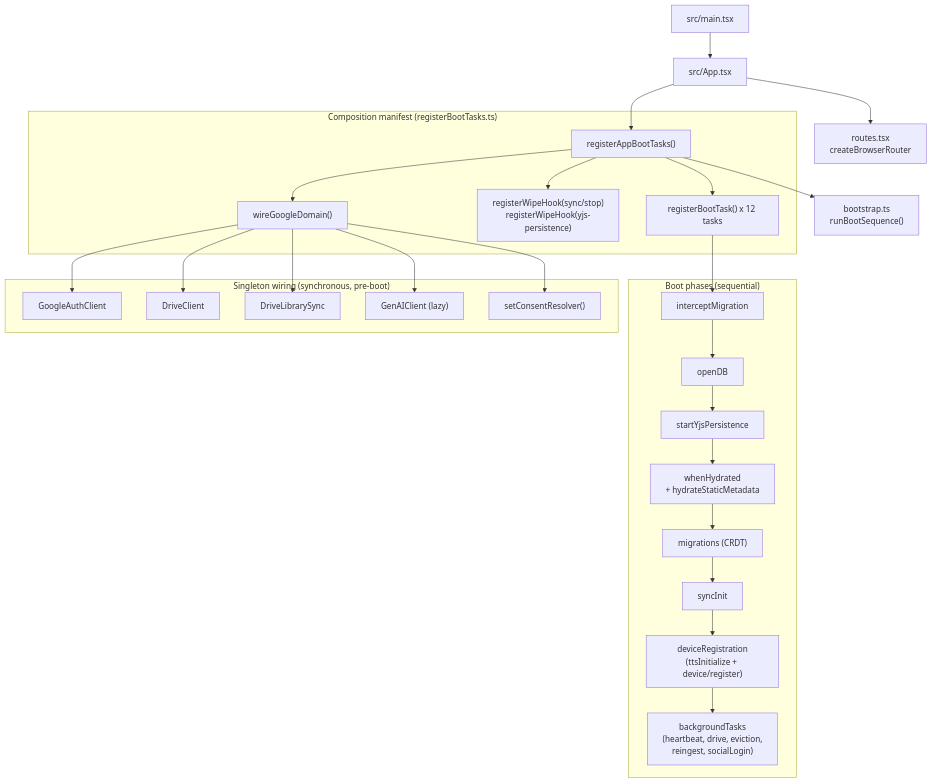
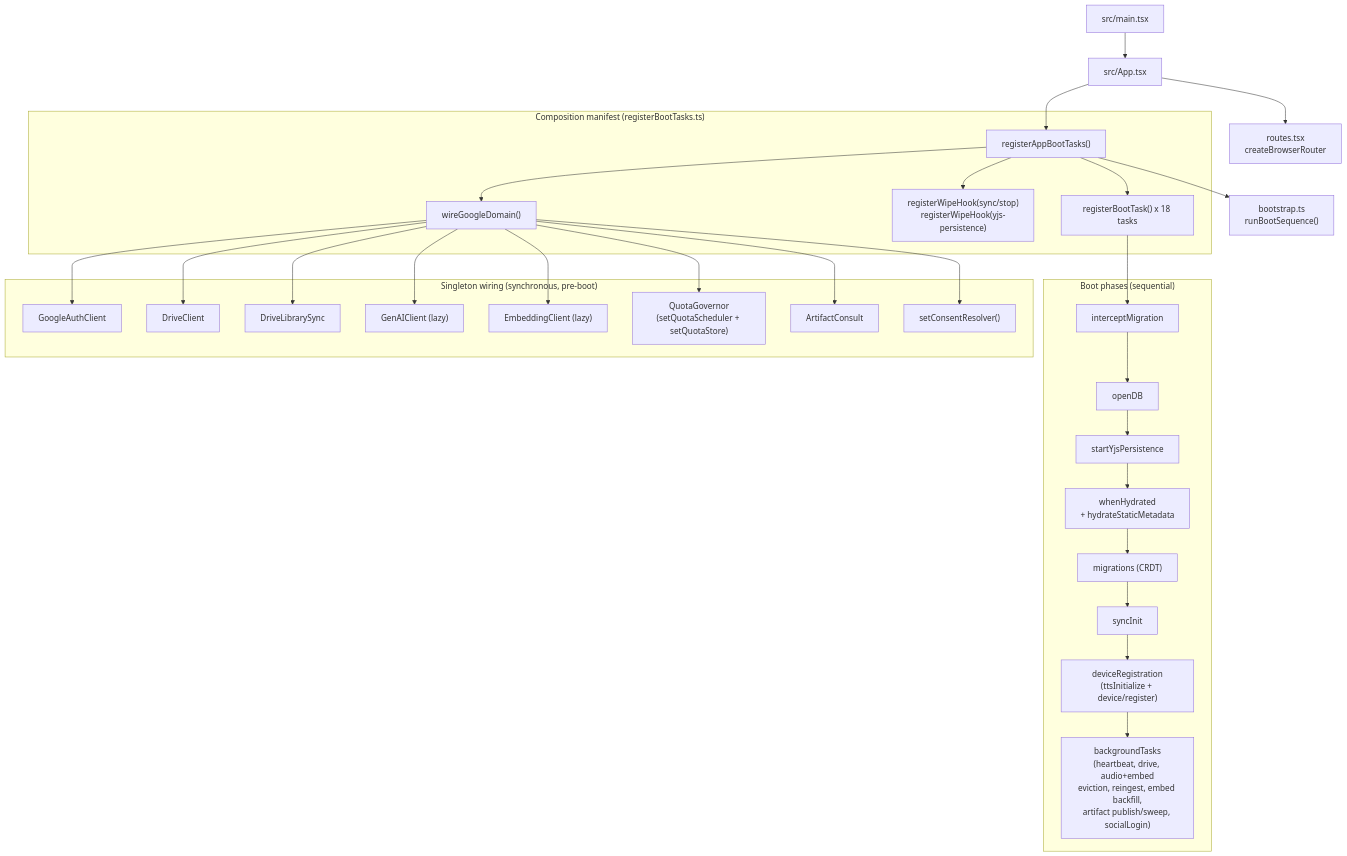
Before and after one commit to vrwarp/versicle: the first of 6 diagrams in docs/comprehensive/50-composition-root.md, drawn with Mermaid. The commit also changed other lines of this file and 17 other files, not shown here.

First line of the commit message:
docs(comprehensive): document quota governor, semantic search, Artifact Lane

````diff
--- a/docs/comprehensive/50-composition-root.md
+++ b/docs/comprehensive/50-composition-root.md
@@ -54,38 +54,41 @@
 ```mermaid
 graph TD
     Entry["src/main.tsx"]
     App["src/App.tsx"]
     Register["registerAppBootTasks()"]
     Bootstrap["bootstrap.ts\nrunBootSequence()"]
     Router["routes.tsx\ncreateBrowserRouter"]
 
     Entry --> App
     App --> Register
     Register --> Bootstrap
     App --> Router
 
     subgraph "Composition manifest (registerBootTasks.ts)"
         Register --> WireGoogle["wireGoogleDomain()"]
         Register --> WipeHooks["registerWipeHook(sync/stop)\nregisterWipeHook(yjs-persistence)"]
-        Register --> BootTasks["registerBootTask() x 12 tasks"]
+        Register --> BootTasks["registerBootTask() x 18 tasks"]
     end
 
     subgraph "Boot phases (sequential)"
         BootTasks --> P1["interceptMigration"]
         P1 --> P2["openDB"]
         P2 --> P3["startYjsPersistence"]
         P3 --> P4["whenHydrated\n+ hydrateStaticMetadata"]
         P4 --> P5["migrations (CRDT)"]
         P5 --> P6["syncInit"]
         P6 --> P7["deviceRegistration\n(ttsInitialize + device/register)"]
-        P7 --> P8["backgroundTasks\n(heartbeat, drive, eviction,\nreingest, socialLogin)"]
+        P7 --> P8["backgroundTasks\n(heartbeat, drive, audio+embed\neviction, reingest, embed backfill,\nartifact publish/sweep, socialLogin)"]
     end
 
     subgraph "Singleton wiring (synchronous, pre-boot)"
         WireGoogle --> GoogleAuth["GoogleAuthClient"]
         WireGoogle --> DriveClient["DriveClient"]
         WireGoogle --> DriveSync["DriveLibrarySync"]
         WireGoogle --> GenAI["GenAIClient (lazy)"]
+        WireGoogle --> Embed["EmbeddingClient (lazy)"]
+        WireGoogle --> Quota["QuotaGovernor\n(setQuotaScheduler + setQuotaStore)"]
+        WireGoogle --> Consult["ArtifactConsult"]
         WireGoogle --> ConsentResolver["setConsentResolver()"]
     end
 ```
````
